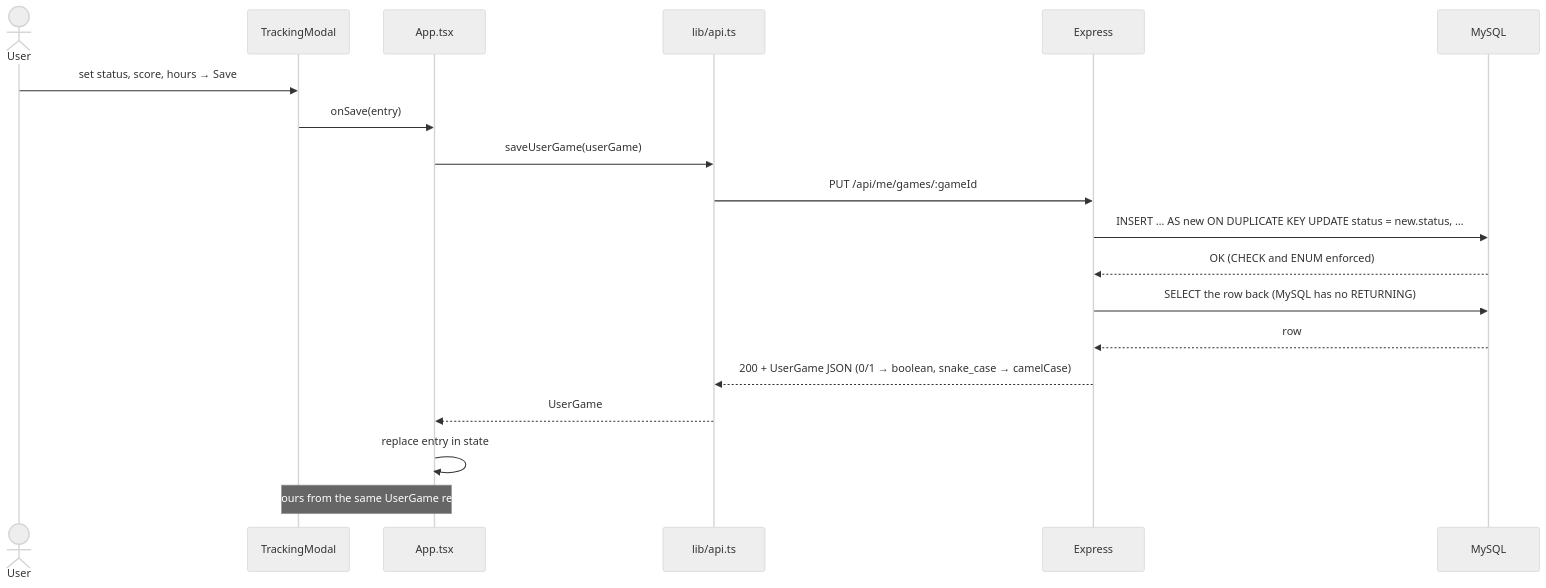
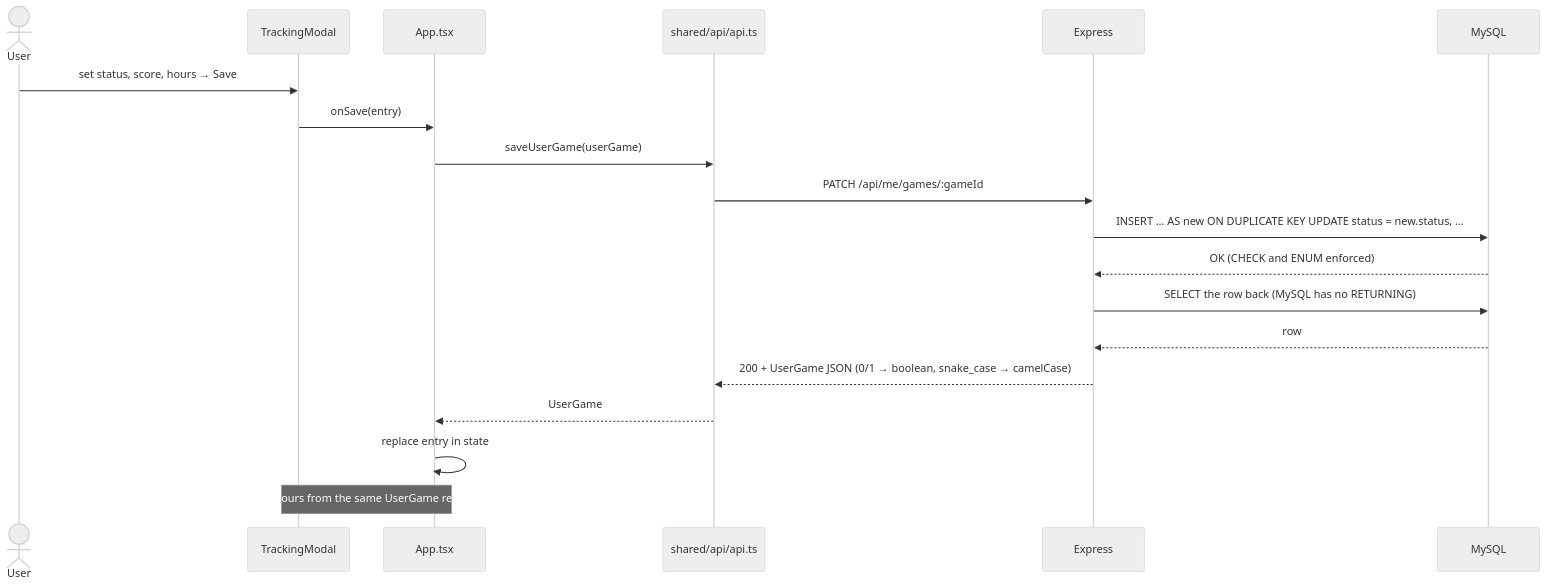
The third of 3 diagrams in docs/architecture.md (feranando0241/GameLibrary-DataBases-), drawn with Mermaid (neutral theme) before and after one commit. The commit also changed other lines of this file and 35 other files, not shown here.

First line of the commit message:
refactor: modular architecture with frontend, backend and database modules

````diff
--- a/docs/architecture.md
+++ b/docs/architecture.md
@@ -104,22 +140,22 @@
 ```mermaid
 sequenceDiagram
   actor U as User
   participant M as TrackingModal
   participant A as App.tsx
-  participant API as lib/api.ts
+  participant API as shared/api/api.ts
   participant S as Express
   participant P as MySQL
 
   U->>M: set status, score, hours → Save
   M->>A: onSave(entry)
   A->>API: saveUserGame(userGame)
-  API->>S: PUT /api/me/games/:gameId
+  API->>S: PATCH /api/me/games/:gameId
   S->>P: INSERT … AS new ON DUPLICATE KEY UPDATE status = new.status, …
   P-->>S: OK (CHECK and ENUM enforced)
   S->>P: SELECT the row back (MySQL has no RETURNING)
   P-->>S: row
   S-->>API: 200 + UserGame JSON (0/1 → boolean, snake_case → camelCase)
   API-->>A: UserGame
   A->>A: replace entry in state
   Note over A,M: Cards, list and detail all read hours from the same UserGame record, so they update together.
 ```
````
